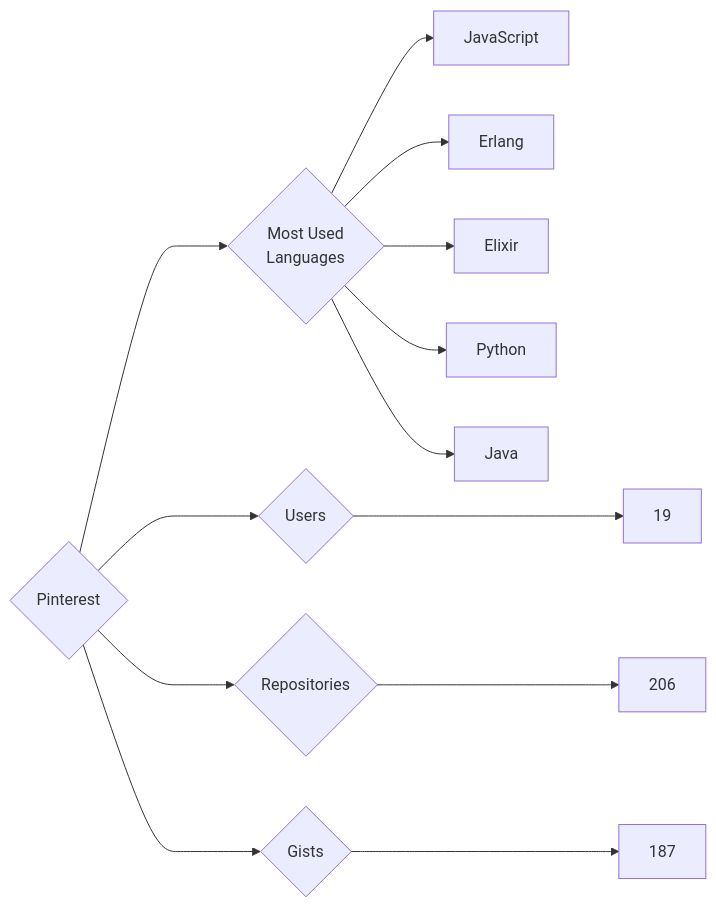
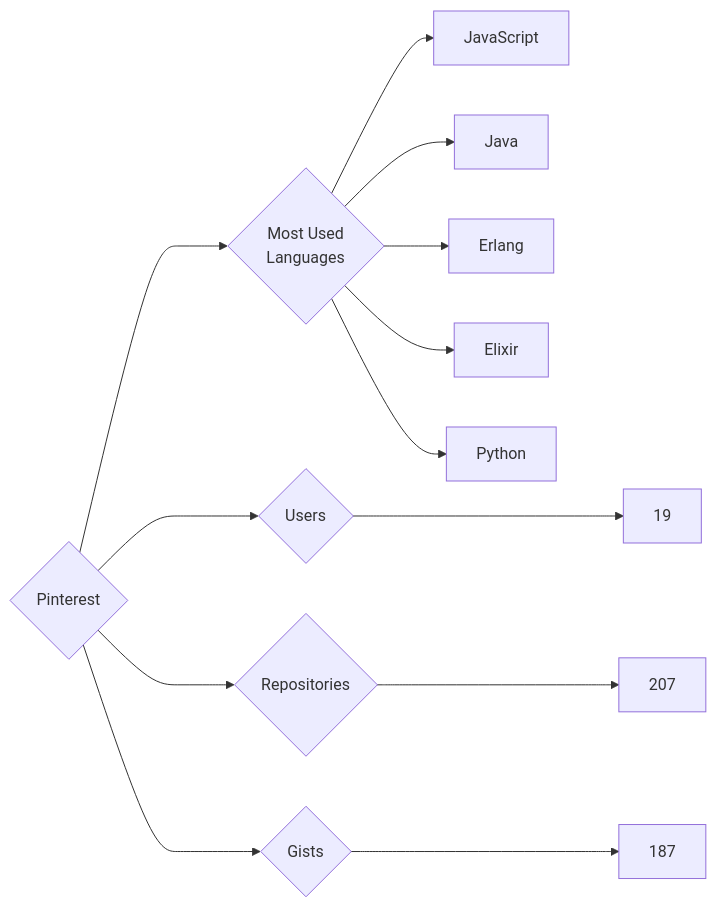
One commit to trickest/insiders changed the diagram in targets/Pinterest/README.md. Above: the diagram before and after it, drawn with Mermaid. The commit also changed 682 other files, not shown here.

````diff
--- a/targets/Pinterest/README.md
+++ b/targets/Pinterest/README.md
@@ -3,13 +3,13 @@
 ```mermaid
 graph LR
 COMPANY_NAME{Pinterest}
 COMPANY_NAME ---> U{Users} ---> UN[19]
-COMPANY_NAME ---> R{Repositories} ---> RN[206]
+COMPANY_NAME ---> R{Repositories} ---> RN[207]
 COMPANY_NAME ---> G{Gists} ---> GN[187]
 COMPANY_NAME ---> ML{Most Used<br>Languages}
 ML --> JavaScript[JavaScript]
+ML --> Java[Java]
 ML --> Erlang[Erlang]
 ML --> Elixir[Elixir]
 ML --> Python[Python]
-ML --> Java[Java]
 ```
````
